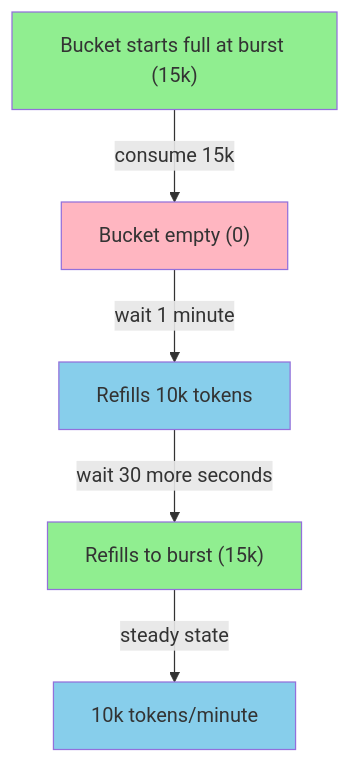
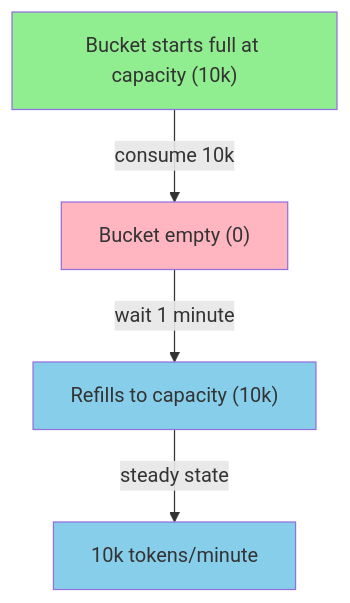
One commit to zeroae/zae-limiter changed the second of 3 diagrams in docs/guide/token-bucket.md. Above: the diagram before and after it, drawn with Mermaid. The commit also changed other lines of this file and 40 other files, not shown here.

````diff
--- a/docs/guide/token-bucket.md
+++ b/docs/guide/token-bucket.md
@@ -59,14 +56,12 @@
 ```mermaid
 graph TD
-    A["Bucket starts full at burst (15k)"]
-    A -->|"consume 15k"| B["Bucket empty (0)"]
-    B -->|"wait 1 minute"| C["Refills 10k tokens"]
-    C -->|"wait 30 more seconds"| D["Refills to burst (15k)"]
-    D -->|"steady state"| E["10k tokens/minute"]
+    A["Bucket starts full at capacity (10k)"]
+    A -->|"consume 10k"| B["Bucket empty (0)"]
+    B -->|"wait 1 minute"| C["Refills to capacity (10k)"]
+    C -->|"steady state"| D["10k tokens/minute"]
 
     style A fill:#90EE90
     style B fill:#FFB6C1
     style C fill:#87CEEB
-    style D fill:#90EE90
-    style E fill:#87CEEB
+    style D fill:#87CEEB
 ```
````
